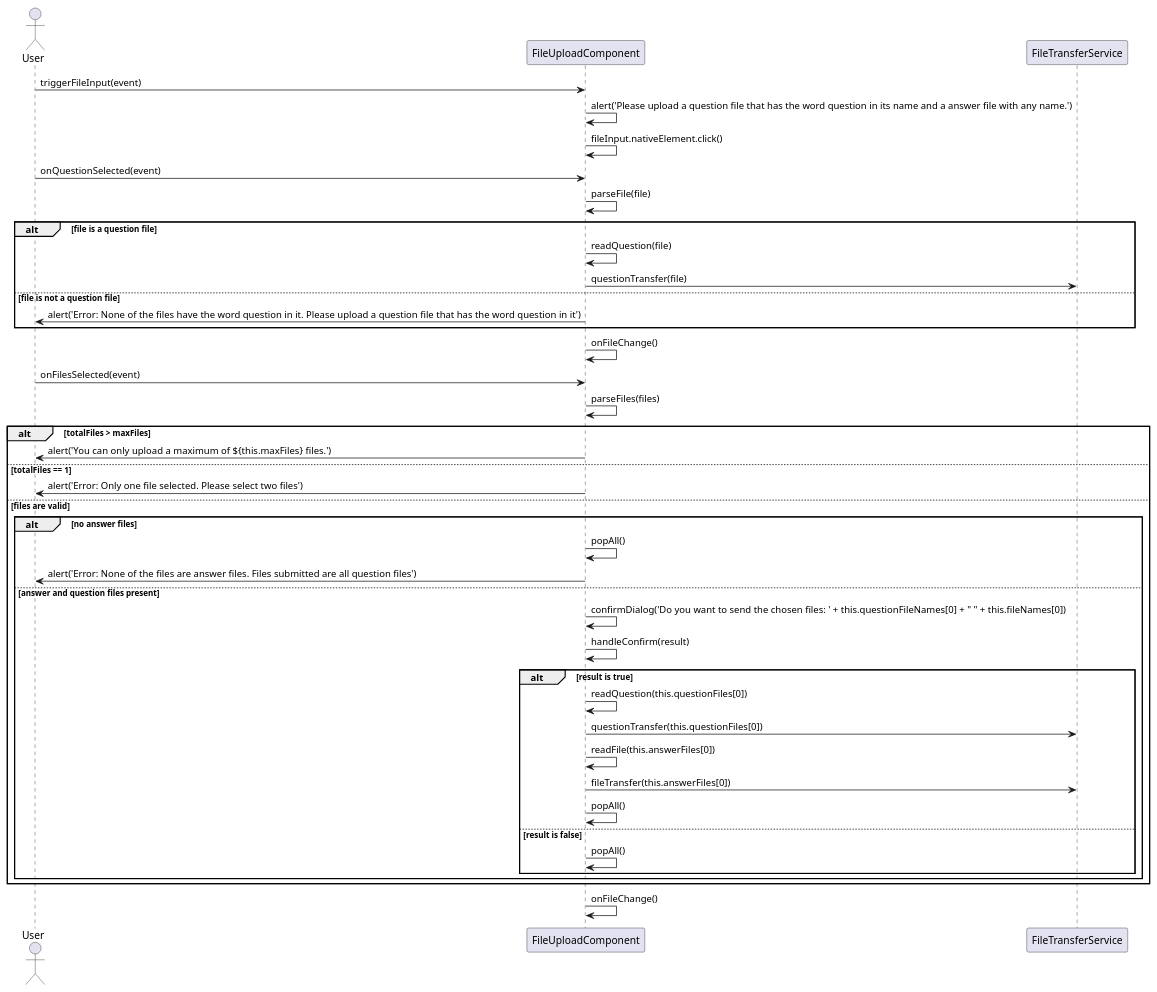
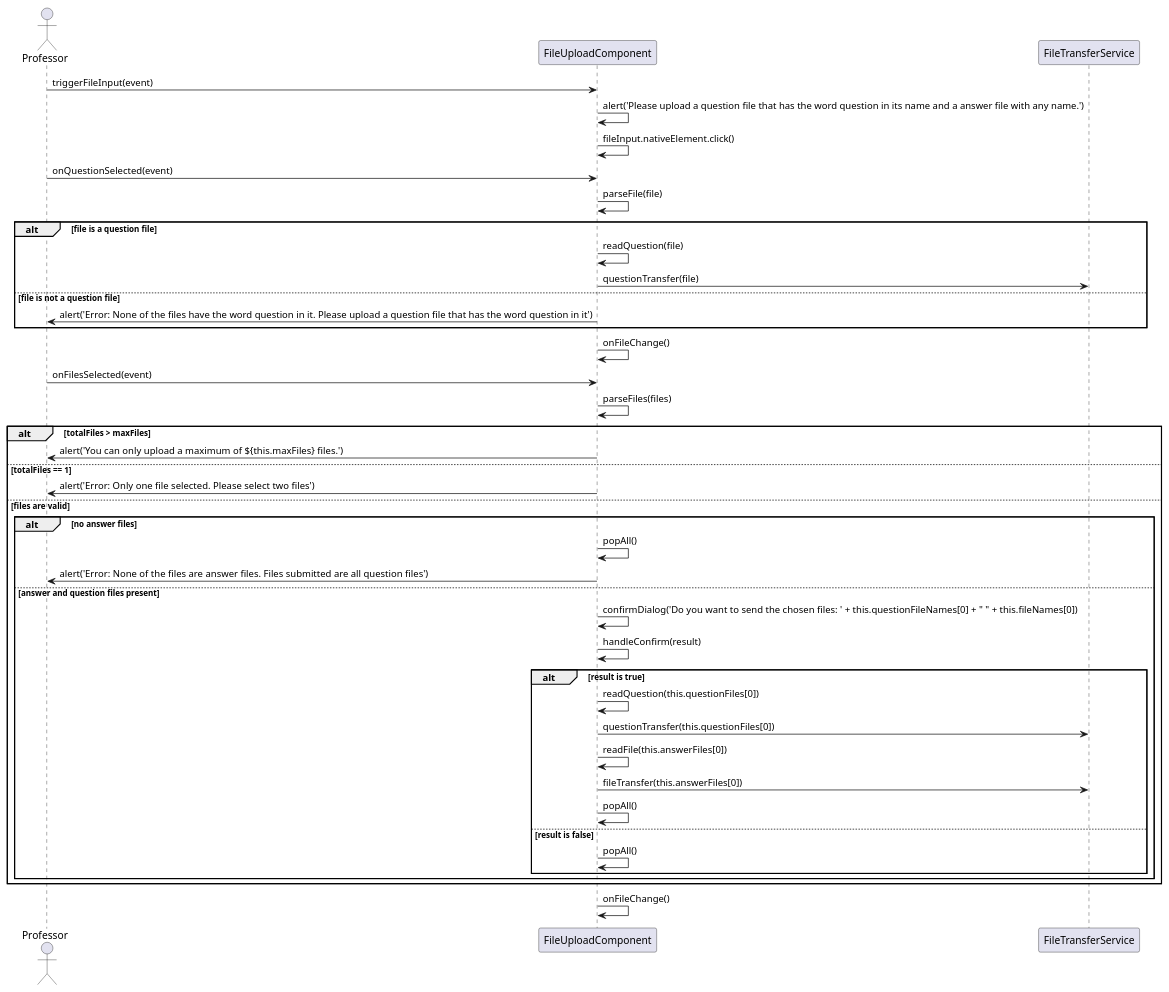
The diagram in Diagrams/Sequence Diagrams/Front End/file-uploadcomponent.wsd (NoahS20/Grad-Project), drawn with PlantUML before and after one commit. The commit also changed 22 other files, not shown here.

Commit message:
Removed irrelevant files. Removed outdated diagrams.

```diff
--- a/Diagrams/Sequence Diagrams/Front End/file-uploadcomponent.wsd
+++ b/Diagrams/Sequence Diagrams/Front End/file-uploadcomponent.wsd
@@ -1,47 +1,47 @@
 @startuml
-actor User
+actor Professor
 
 participant FileUploadComponent as FUC
 participant FileTransferService as FTS
 
-User -> FUC: triggerFileInput(event)
+Professor -> FUC: triggerFileInput(event)
 FUC -> FUC: alert('Please upload a question file that has the word question in its name and a answer file with any name.')
 FUC -> FUC: fileInput.nativeElement.click()
 
-User -> FUC: onQuestionSelected(event)
+Professor -> FUC: onQuestionSelected(event)
 FUC -> FUC: parseFile(file)
 alt file is a question file
     FUC -> FUC: readQuestion(file)
     FUC -> FTS: questionTransfer(file)
 else file is not a question file
-    FUC -> User: alert('Error: None of the files have the word question in it. Please upload a question file that has the word question in it')
+    FUC -> Professor: alert('Error: None of the files have the word question in it. Please upload a question file that has the word question in it')
 end
 FUC -> FUC: onFileChange()
 
-User -> FUC: onFilesSelected(event)
+Professor -> FUC: onFilesSelected(event)
 FUC -> FUC: parseFiles(files)
 alt totalFiles > maxFiles
-    FUC -> User: alert('You can only upload a maximum of ${this.maxFiles} files.')
+    FUC -> Professor: alert('You can only upload a maximum of ${this.maxFiles} files.')
 else totalFiles == 1
-    FUC -> User: alert('Error: Only one file selected. Please select two files')
+    FUC -> Professor: alert('Error: Only one file selected. Please select two files')
 else files are valid
     alt no answer files
         FUC -> FUC: popAll()
-        FUC -> User: alert('Error: None of the files are answer files. Files submitted are all question files')
+        FUC -> Professor: alert('Error: None of the files are answer files. Files submitted are all question files')
     else answer and question files present
         FUC -> FUC: confirmDialog('Do you want to send the chosen files: ' + this.questionFileNames[0] + " " + this.fileNames[0])
         FUC -> FUC: handleConfirm(result)
         alt result is true
             FUC -> FUC: readQuestion(this.questionFiles[0])
             FUC -> FTS: questionTransfer(this.questionFiles[0])
             FUC -> FUC: readFile(this.answerFiles[0])
             FUC -> FTS: fileTransfer(this.answerFiles[0])
             FUC -> FUC: popAll()
         else result is false
             FUC -> FUC: popAll()
         end
     end
 end
 FUC -> FUC: onFileChange()
 
 @enduml
```
